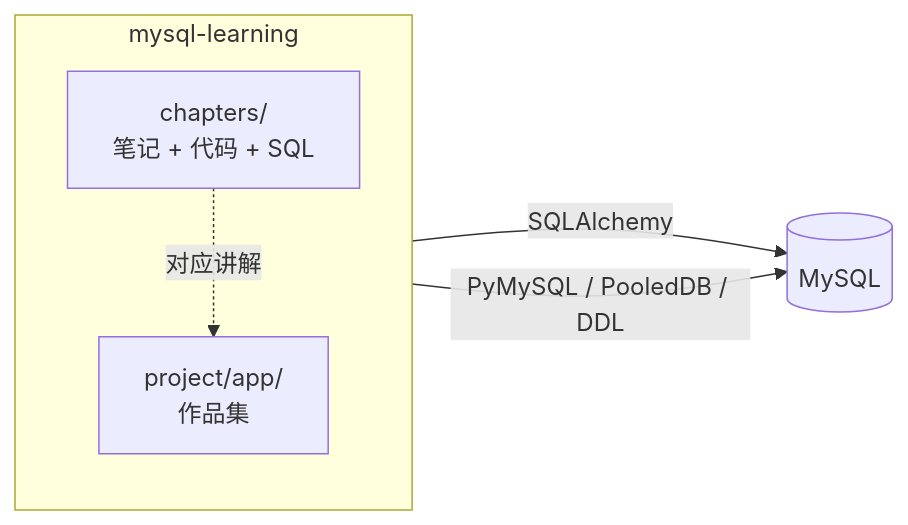
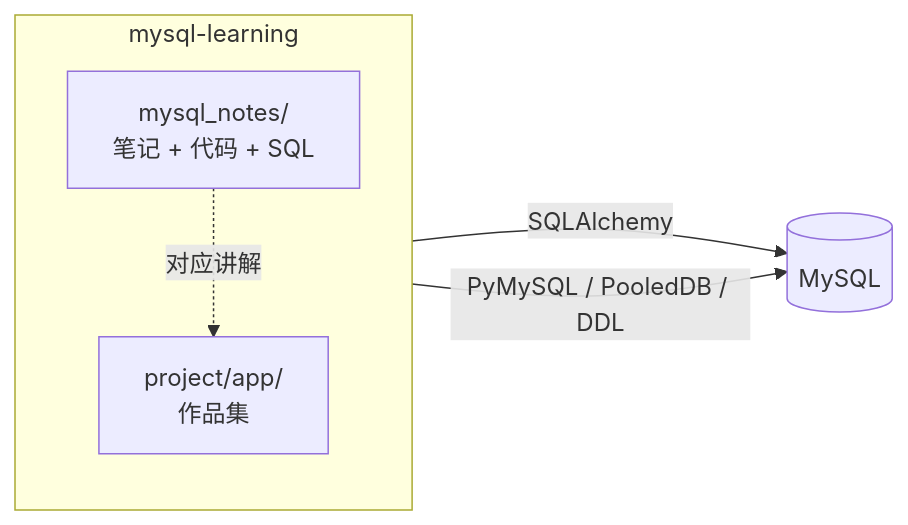
One commit to hqw77/mysql-learn changed the second of 2 diagrams in docs/ARCHITECTURE.md. Above: the diagram before and after it, drawn with Mermaid. The commit also changed other lines of this file and 106 other files, not shown here.

````diff
--- a/docs/ARCHITECTURE.md
+++ b/docs/ARCHITECTURE.md
@@ -201,12 +201,12 @@
 ```mermaid
 flowchart LR
     subgraph repo["mysql-learning"]
         direction TB
         app["project/app/<br/>作品集"]
-        chapters["chapters/<br/>笔记 + 代码 + SQL"]
+        chapters["mysql_notes/<br/>笔记 + 代码 + SQL"]
     end
 
     app -->|SQLAlchemy| mysql[("MySQL")]
     chapters -->|PyMySQL / PooledDB / DDL| mysql
     chapters -.->|对应讲解| app
 ```
````
